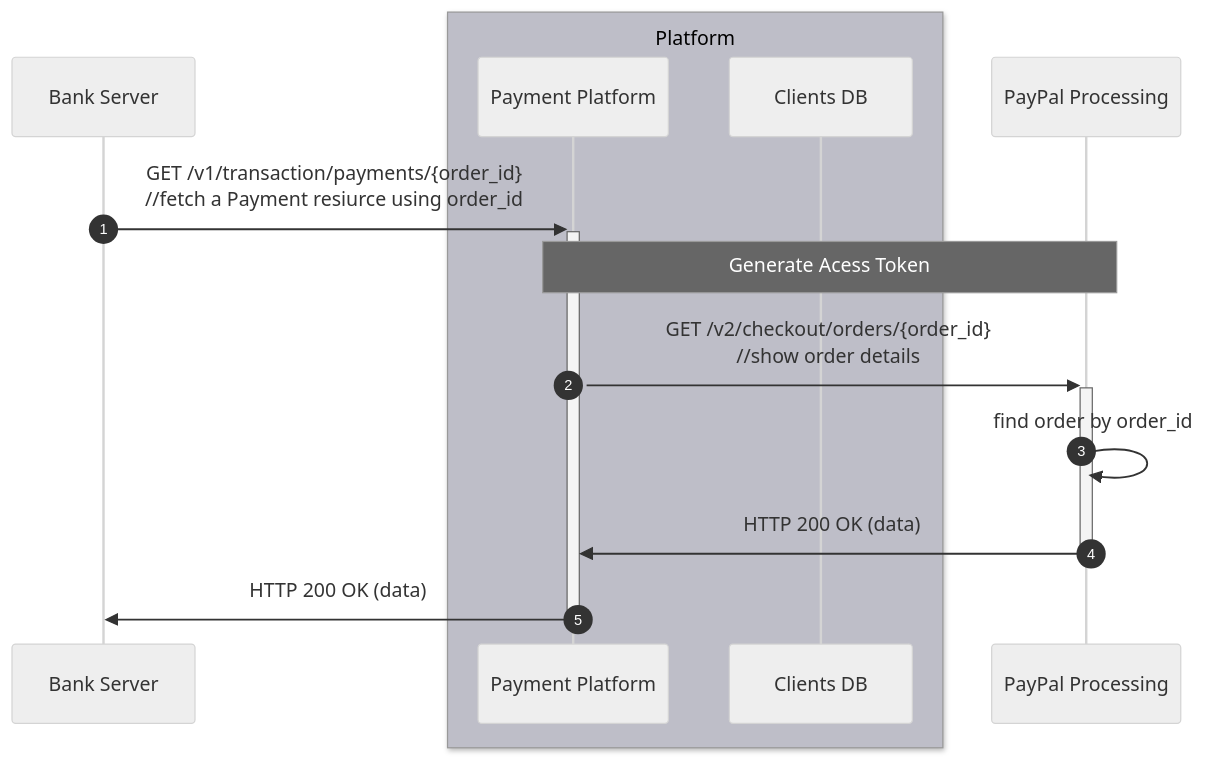
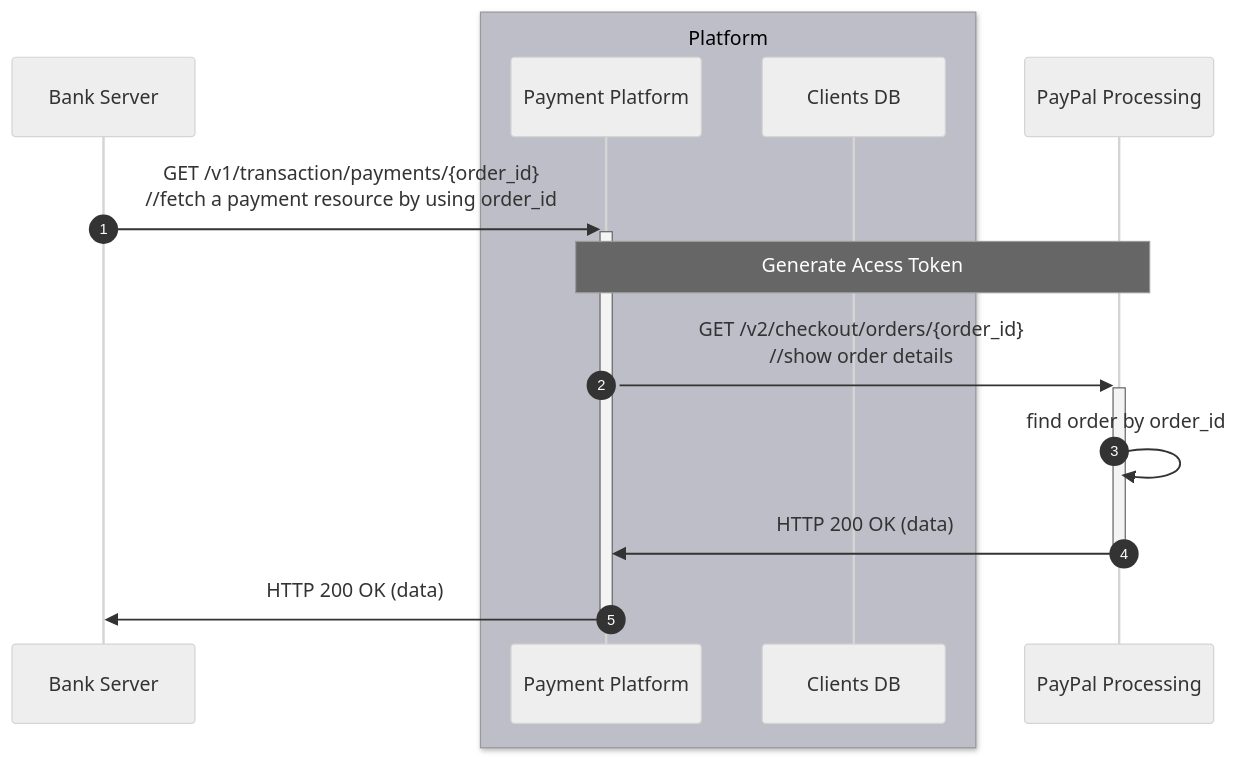
One commit to Kuziomkin/specifications-template changed the fifth of 5 diagrams in specifications_template.md. Above: the diagram before and after it, drawn with Mermaid.

````diff
--- a/specifications_template.md
+++ b/specifications_template.md
@@ -270,23 +270,23 @@
 ```mermaid
 ---
 config:
   layout: dagre
   look: classic
   theme: neutral
 ---
   sequenceDiagram
     autonumber
     participant BS as Bank Server
     box rgb(190,190,200) Platform
     participant PP as Payment Platform
     participant CD as Clients DB
     end
     participant PAP as PayPal Processing
 
-    BS ->>+ PP: GET /v1/transaction/payments/{order_id} <br/>//fetch a Payment resiurce using order_id
+    BS ->>+ PP: GET /v1/transaction/payments/{order_id} <br/>//fetch a payment resource by using order_id
         Note over PP, PAP: Generate Acess Token
             PP ->>+ PAP: GET /v2/checkout/orders/{order_id} <br/>//show order details
                 PAP ->> PAP: find order by order_id
             PAP ->>- PP: HTTP 200 OK (data)
         PP ->>- BS: HTTP 200 OK (data)
 ```
````
